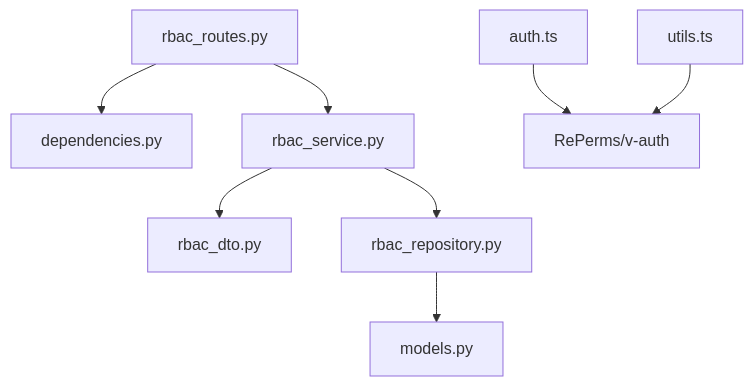
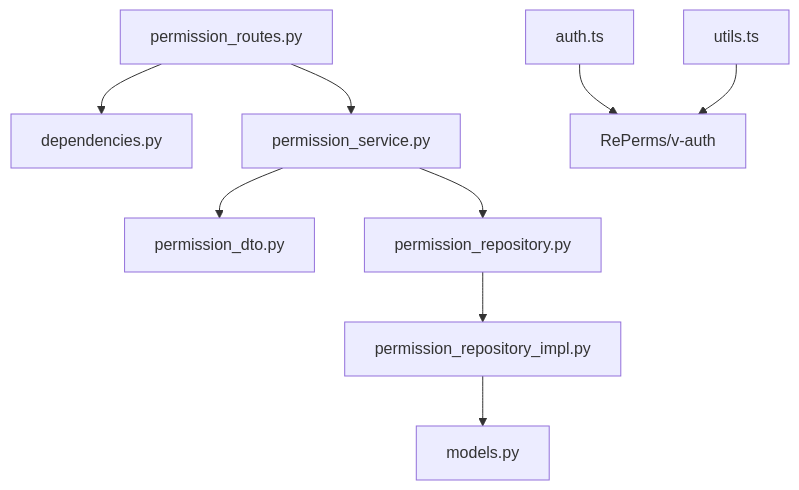
One commit to taoweidong/Hello-FastApi changed the seventh of 7 diagrams in .qoder/repowiki/zh/content/项目概述/核心特性/RBAC 权限控制/权限管理.md. Above: the diagram before and after it, drawn with Mermaid. The commit also changed other lines of this file and 9 other files, not shown here.

````diff
--- a/.qoder/repowiki/zh/content/项目概述/核心特性/RBAC 权限控制/权限管理.md
+++ b/.qoder/repowiki/zh/content/项目概述/核心特性/RBAC 权限控制/权限管理.md
@@ -347,10 +371,11 @@
 ```mermaid
 graph TD
-Routes["rbac_routes.py"] --> Deps["dependencies.py"]
-Routes --> Service["rbac_service.py"]
-Service --> DTO["rbac_dto.py"]
-Service --> Repo["rbac_repository.py"]
-Repo --> Models["models.py"]
+Routes["permission_routes.py"] --> Deps["dependencies.py"]
+Routes --> Service["permission_service.py"]
+Service --> DTO["permission_dto.py"]
+Service --> Repo["permission_repository.py"]
+Repo --> Impl["permission_repository_impl.py"]
+Impl --> Models["models.py"]
 FrontAuth["auth.ts"] --> UI["RePerms/v-auth"]
 FrontUtils["utils.ts"] --> UI
 ```
````
